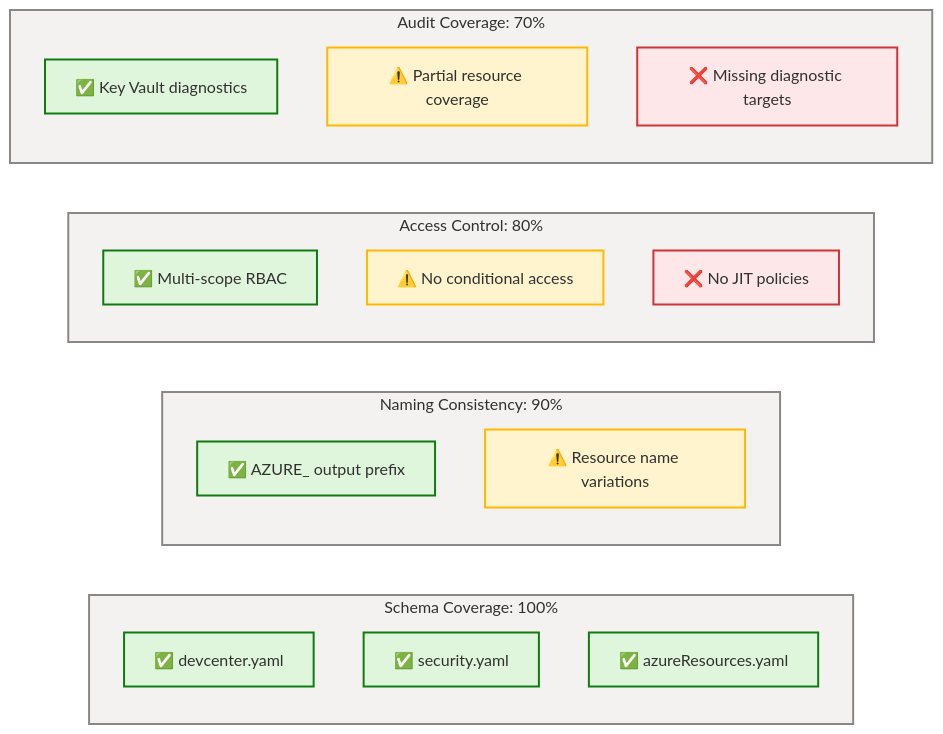
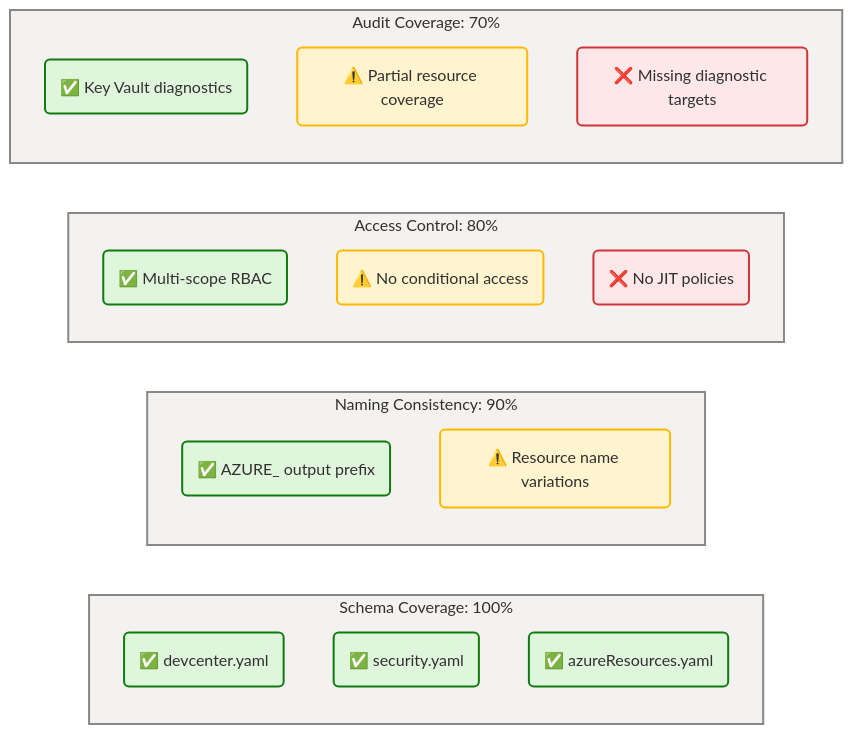
The sixth of 14 diagrams in docs/architecture/data-architecture.md (Evilazaro/DevExp-DevBox), drawn with Mermaid before and after one commit. The commit also changed other lines of this file, not shown here.

Commit message:
feat: update data architecture diagrams with new class definitions and styling

````diff
--- a/docs/architecture/data-architecture.md
+++ b/docs/architecture/data-architecture.md
@@ -672,55 +673,55 @@
 ```mermaid
 ---
 config:
   theme: base
   look: classic
   layout: dagre
   themeVariables:
     fontSize: "16px"
 ---
 flowchart LR
     accTitle: DevExp-DevBox Data Quality Heatmap
     accDescr: Visual heatmap showing quality dimension scores across data domains with color-coded assessments
 
     %% ═══════════════════════════════════════════════════════════════════════════
     %% AZURE / FLUENT ARCHITECTURE PATTERN v1.1
     %% (Semantic + Structural + Font + Accessibility Governance)
     %% ═══════════════════════════════════════════════════════════════════════════
     %% PHASE 1 - FLUENT UI: All styling uses approved Fluent UI palette only
     %% PHASE 2 - GROUPS: Every subgraph has semantic color via style directive
     %% PHASE 3 - COMPONENTS: Every node has semantic classDef + icon prefix
     %% PHASE 4 - ACCESSIBILITY: accTitle/accDescr present, WCAG AA contrast
     %% PHASE 5 - STANDARD: Governance block present, classDefs centralized
     %% ═══════════════════════════════════════════════════════════════════════════
 
-    classDef high fill:#DFF6DD,stroke:#107C10,stroke-width:2px,color:#323130
-    classDef medium fill:#FFF4CE,stroke:#FFB900,stroke-width:2px,color:#323130
-    classDef low fill:#FDE7E9,stroke:#D13438,stroke-width:2px,color:#323130
-
     subgraph SchemaQuality["Schema Coverage: 100%"]
-        SQ1["✅ devcenter.yaml"]:::high
-        SQ2["✅ security.yaml"]:::high
-        SQ3["✅ azureResources.yaml"]:::high
+        SQ1("✅ devcenter.yaml"):::success
+        SQ2("✅ security.yaml"):::success
+        SQ3("✅ azureResources.yaml"):::success
     end
     style SchemaQuality fill:#F3F2F1,stroke:#8A8886,stroke-width:2px,color:#323130
 
     subgraph NamingQuality["Naming Consistency: 90%"]
-        NQ1["✅ AZURE_ output prefix"]:::high
-        NQ2["⚠️ Resource name variations"]:::medium
+        NQ1("✅ AZURE_ output prefix"):::success
+        NQ2("⚠️ Resource name variations"):::warning
     end
     style NamingQuality fill:#F3F2F1,stroke:#8A8886,stroke-width:2px,color:#323130
 
     subgraph AccessQuality["Access Control: 80%"]
-        AQ1["✅ Multi-scope RBAC"]:::high
-        AQ2["⚠️ No conditional access"]:::medium
-        AQ3["❌ No JIT policies"]:::low
+        AQ1("✅ Multi-scope RBAC"):::success
+        AQ2("⚠️ No conditional access"):::warning
+        AQ3("❌ No JIT policies"):::danger
     end
     style AccessQuality fill:#F3F2F1,stroke:#8A8886,stroke-width:2px,color:#323130
 
     subgraph AuditQuality["Audit Coverage: 70%"]
-        AU1["✅ Key Vault diagnostics"]:::high
-        AU2["⚠️ Partial resource coverage"]:::medium
-        AU3["❌ Missing diagnostic targets"]:::low
+        AU1("✅ Key Vault diagnostics"):::success
+        AU2("⚠️ Partial resource coverage"):::warning
+        AU3("❌ Missing diagnostic targets"):::danger
     end
     style AuditQuality fill:#F3F2F1,stroke:#8A8886,stroke-width:2px,color:#323130
+
+    classDef success fill:#DFF6DD,stroke:#107C10,stroke-width:2px,color:#323130
+    classDef warning fill:#FFF4CE,stroke:#FFB900,stroke-width:2px,color:#323130
+    classDef danger fill:#FDE7E9,stroke:#D13438,stroke-width:2px,color:#323130
 ```
````
